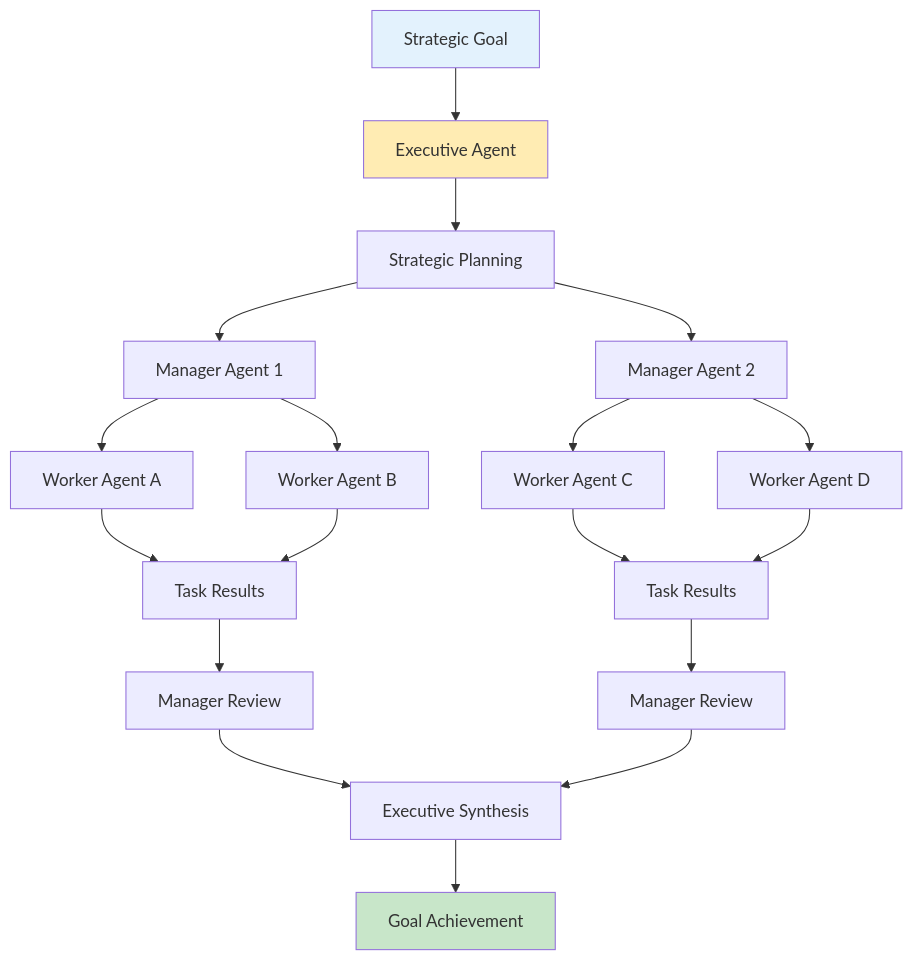
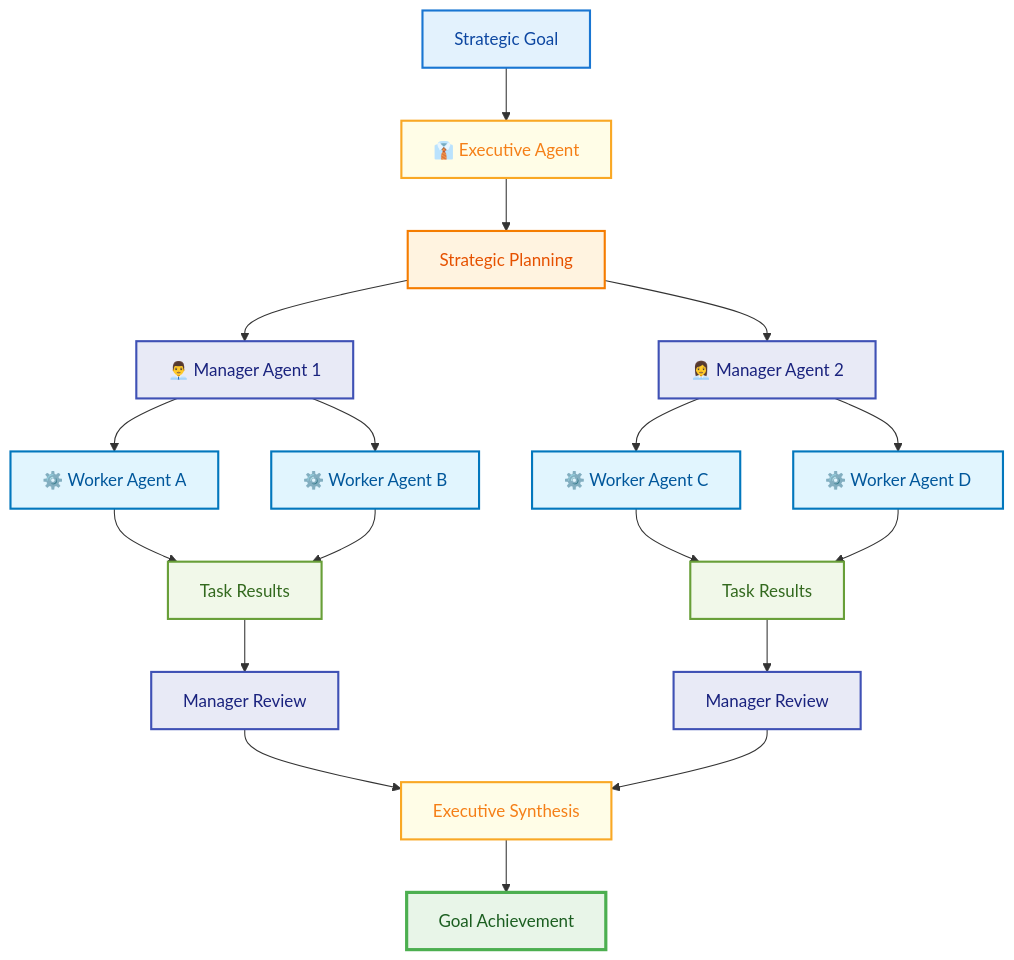
Diagram 13 of 21 in 34_agentic_ai_design_patterns.md (raphaelmansuy/tutorials), drawn with Mermaid before and after one commit. The commit also changed other lines of this file, not shown here.

````diff
--- a/34_agentic_ai_design_patterns.md
+++ b/34_agentic_ai_design_patterns.md
@@ -477,27 +901,39 @@
 ```mermaid
-graph TD
-    A[Strategic Goal] --> B[Executive Agent]
+flowchart TD
+    A[Strategic Goal] --> B[👔 Executive Agent]
     B --> C[Strategic Planning]
-    C --> D[Manager Agent 1]
-    C --> E[Manager Agent 2]
+    C --> D[👨‍💼 Manager Agent 1]
+    C --> E[👩‍💼 Manager Agent 2]
 
-    D --> F[Worker Agent A]
-    D --> G[Worker Agent B]
-    E --> H[Worker Agent C]
-    E --> I[Worker Agent D]
+    D --> F[⚙️ Worker Agent A]
+    D --> G[⚙️ Worker Agent B]
+    E --> H[⚙️ Worker Agent C]
+    E --> I[⚙️ Worker Agent D]
 
     F --> J[Task Results]
     G --> J
     H --> K[Task Results]
     I --> K
 
     J --> L[Manager Review]
     K --> M[Manager Review]
     L --> N[Executive Synthesis]
     M --> N
     N --> O[Goal Achievement]
 
-    style A fill:#e3f2fd
-    style O fill:#c8e6c9
-    style B fill:#ffecb3
+    style A fill:#E3F2FD,stroke:#1976D2,stroke-width:2px,color:#0D47A1
+    style B fill:#FFFDE7,stroke:#F9A825,stroke-width:2px,color:#F57F17
+    style C fill:#FFF3E0,stroke:#F57C00,stroke-width:2px,color:#E65100
+    style D fill:#E8EAF6,stroke:#3F51B5,stroke-width:2px,color:#1A237E
+    style E fill:#E8EAF6,stroke:#3F51B5,stroke-width:2px,color:#1A237E
+    style F fill:#E1F5FE,stroke:#0277BD,stroke-width:2px,color:#01579B
+    style G fill:#E1F5FE,stroke:#0277BD,stroke-width:2px,color:#01579B
+    style H fill:#E1F5FE,stroke:#0277BD,stroke-width:2px,color:#01579B
+    style I fill:#E1F5FE,stroke:#0277BD,stroke-width:2px,color:#01579B
+    style J fill:#F1F8E9,stroke:#689F38,stroke-width:2px,color:#33691E
+    style K fill:#F1F8E9,stroke:#689F38,stroke-width:2px,color:#33691E
+    style L fill:#E8EAF6,stroke:#3F51B5,stroke-width:2px,color:#1A237E
+    style M fill:#E8EAF6,stroke:#3F51B5,stroke-width:2px,color:#1A237E
+    style N fill:#FFFDE7,stroke:#F9A825,stroke-width:2px,color:#F57F17
+    style O fill:#E8F5E8,stroke:#4CAF50,stroke-width:3px,color:#1B5E20
 ```
````
